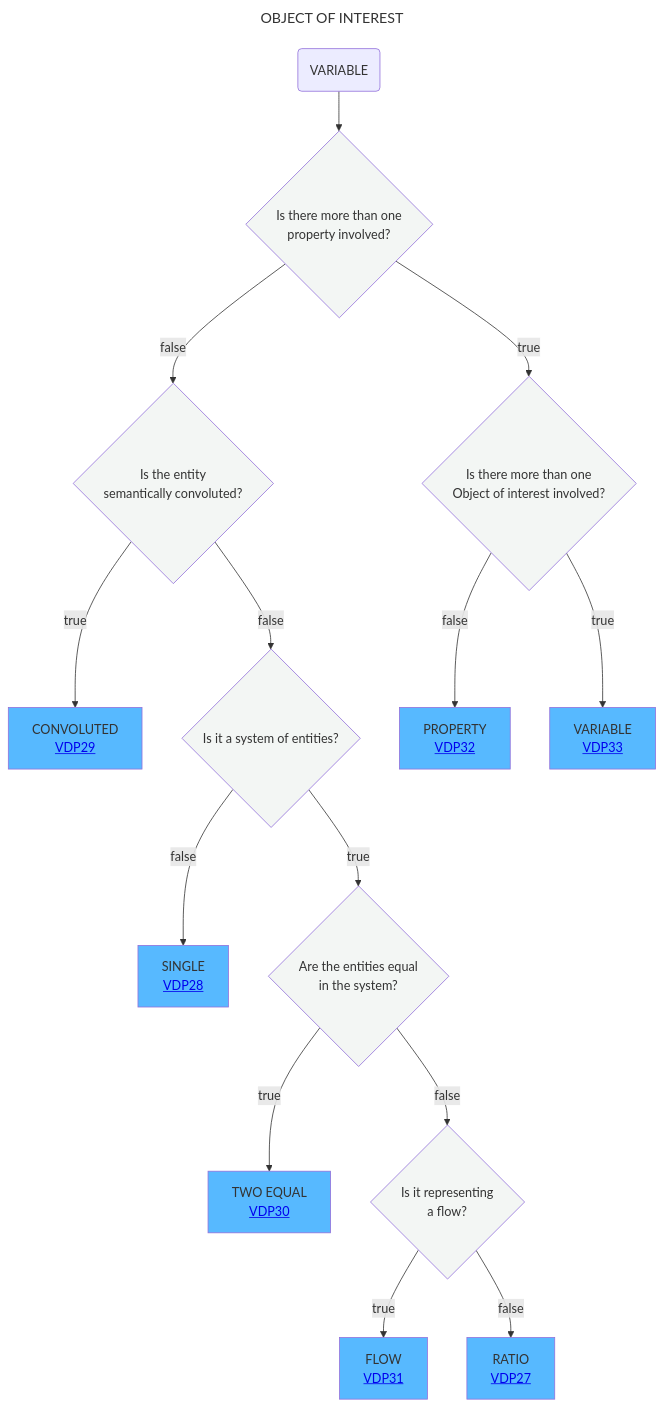
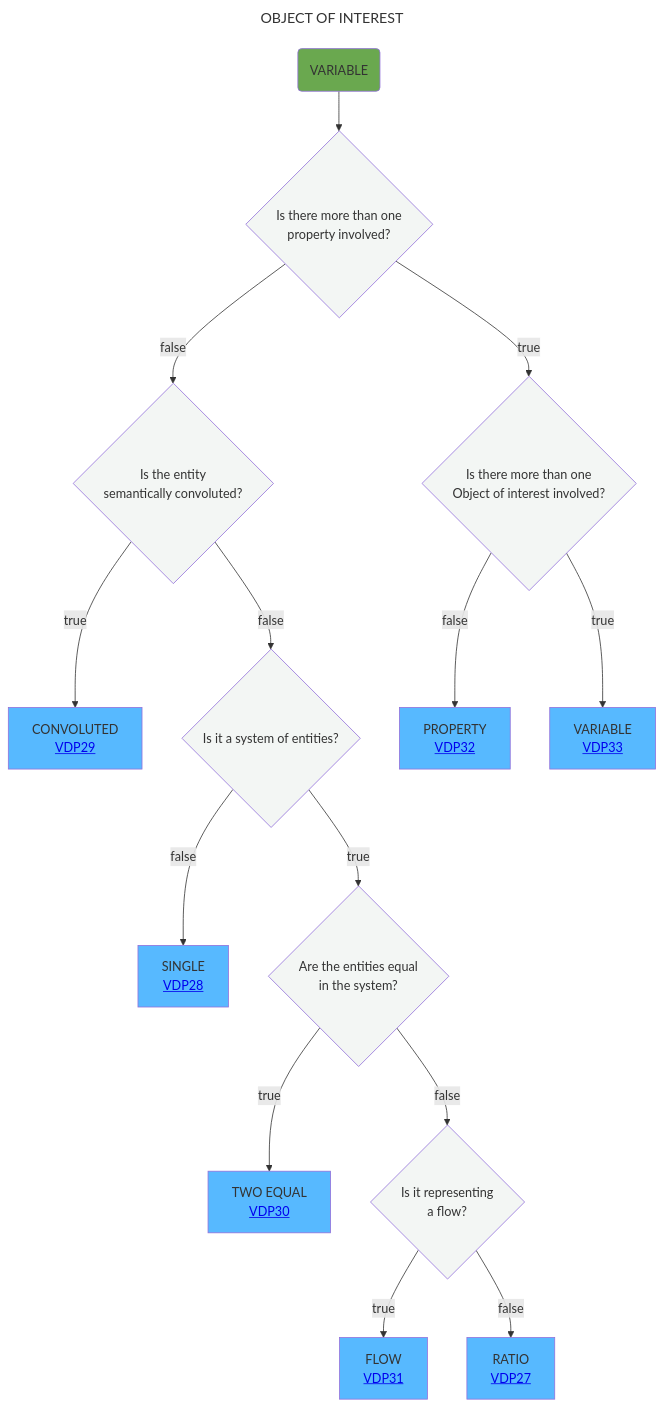
The diagram in Decisition_trees/DT5.mmd (mabablue/I-ADOPT-patterns-playground), drawn with Mermaid before and after one commit.

```diff
--- a/Decisition_trees/DT5.mmd
+++ b/Decisition_trees/DT5.mmd
@@ -1,20 +1,21 @@
 ---
 title: OBJECT OF INTEREST
 ---
 flowchart TD
-    A(VARIABLE) --> AB{Is there more than one <br> property involved?}:::white
+    A(VARIABLE):::green --> AB{Is there more than one <br> property involved?}:::white
     AB --> |false|B{Is the entity <br> semantically convoluted?}:::white
     AB --> |true|O{Is there more than one <br> Object of interest involved?}:::white
     B --> |true|C[CONVOLUTED <br> <a href='https://github.com/mabablue/I-ADOPT-patterns-playground/blob/main/pattern/VDP29.yaml'>VDP29</a>]:::satblue
     B --> |false|D{Is it a system of entities?}:::white
     D --> |false|E[SINGLE <br> <a href='https://github.com/mabablue/I-ADOPT-patterns-playground/blob/main/pattern/VDP28.yaml'>VDP28</a>]:::satblue
     D --> |true|F{Are the entities equal <br> in the system?}:::white
     F --> |true|G[TWO EQUAL <br> <a href='https://github.com/mabablue/I-ADOPT-patterns-playground/blob/main/pattern/VDP30.yaml'>VDP30</a>]:::satblue
     F --> |false|H{Is it representing <br> a flow?}:::white
     H --> |true|I[FLOW <br> <a href='https://github.com/mabablue/I-ADOPT-patterns-playground/blob/main/pattern/VDP31.yaml'>VDP31</a>]:::satblue
     H --> |false|J[RATIO <br> <a href='https://github.com/mabablue/I-ADOPT-patterns-playground/blob/main/pattern/VDP27.yaml'>VDP27</a>]:::satblue
     O --> |false|Q[PROPERTY <br> <a href='https://github.com/mabablue/I-ADOPT-patterns-playground/blob/main/pattern/VDP32.yaml'>VDP32</a>]:::satblue
     O --> |true|R[VARIABLE <br> <a href='https://github.com/mabablue/I-ADOPT-patterns-playground/blob/main/pattern/VDP33.yaml'>VDP33</a>]:::satblue
    classDef blue fill:#90D5FF
    classDef satblue fill:#57B9FF 
    classDef white fill:#f3f6f4
+   classDef green fill:#6aa84f
```
